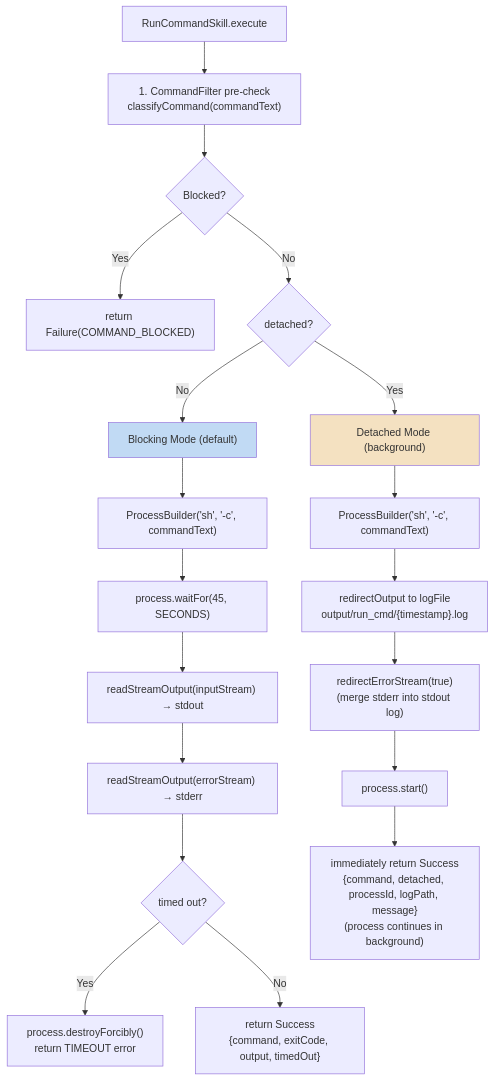
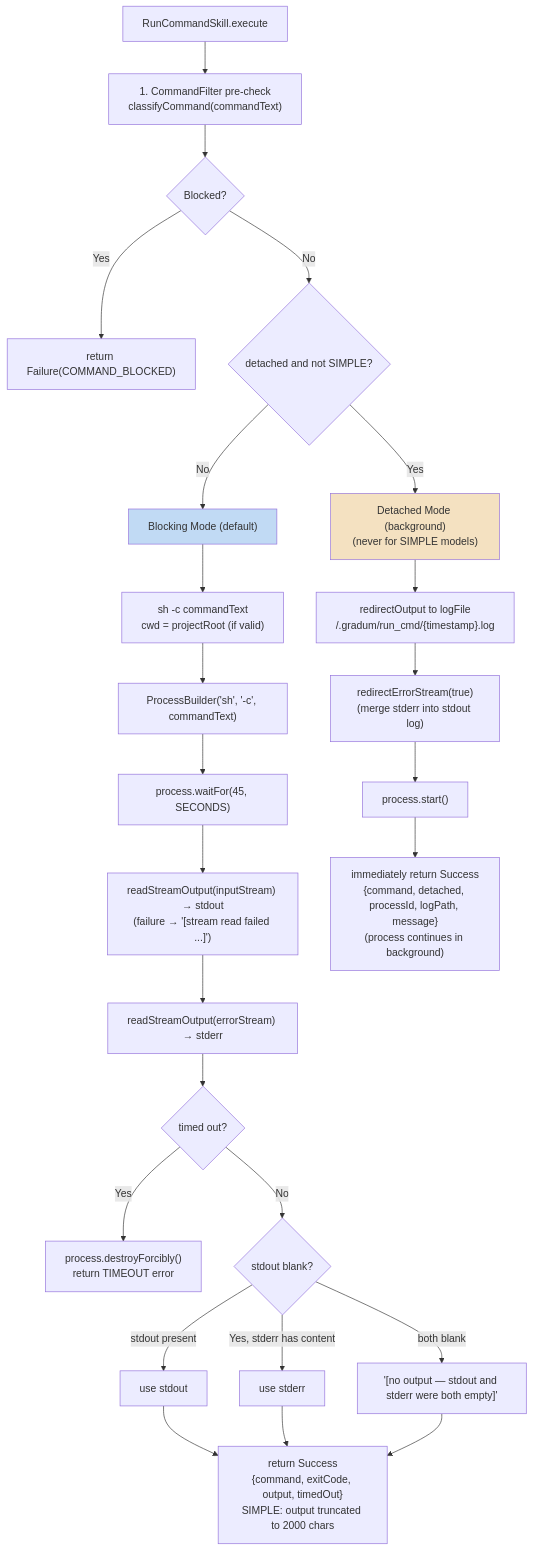
One commit to lg841226/Gradum changed diagram 14 of 29 in docs/ARCHITECTURE.md. Above: the diagram before and after it, drawn with Mermaid. The commit also changed other lines of this file and 5 other files, not shown here.

Commit message:
docs: sync ARCHITECTURE.md with framework refactor and polish skill/plugin code

````diff
--- a/docs/ARCHITECTURE.md
+++ b/docs/ARCHITECTURE.md
@@ -901,23 +1033,29 @@
 ```mermaid
 flowchart TD
     START["RunCommandSkill.execute"] --> PRECHECK["1. CommandFilter pre-check<br/>classifyCommand(commandText)"]
     PRECHECK --> BLOCKED{Blocked?}
     BLOCKED -->|Yes| RETURN_BLOCKED["return Failure(COMMAND_BLOCKED)"]
-    BLOCKED -->|No| MODE{detached?}
+    BLOCKED -->|No| MODE{detached and not SIMPLE?}
     MODE -->|No| BLOCKING["Blocking Mode (default)"]
-    BLOCKING --> PB1["ProcessBuilder('sh', '-c', commandText)"]
+    BLOCKING --> CWD["sh -c commandText<br/>cwd = projectRoot (if valid)"]
+    CWD --> PB1["ProcessBuilder('sh', '-c', commandText)"]
     PB1 --> WAIT["process.waitFor(45, SECONDS)"]
-    WAIT --> STDOUT["readStreamOutput(inputStream) → stdout"]
+    WAIT --> STDOUT["readStreamOutput(inputStream) → stdout<br/>(failure → '[stream read failed ...]')"]
     STDOUT --> STDERR["readStreamOutput(errorStream) → stderr"]
     STDERR --> TIMEOUT{timed out?}
     TIMEOUT -->|Yes| KILL["process.destroyForcibly()<br/>return TIMEOUT error"]
-    TIMEOUT -->|No| RETURN_BLOCK["return Success<br/>{command, exitCode, output, timedOut}"]
-    MODE -->|Yes| DETACHED["Detached Mode (background)"]
-    DETACHED --> PB2["ProcessBuilder('sh', '-c', commandText)"]
-    PB2 --> LOG["redirectOutput to logFile<br/>output/run_cmd/{timestamp}.log"]
+    TIMEOUT -->|No| OUT{stdout blank?}
+    OUT -->|Yes, stderr has content| USE_ERR["use stderr"]
+    OUT -->|both blank| NOOUT["'[no output — stdout and stderr were both empty]'"]
+    OUT -->|stdout present| USE_OUT["use stdout"]
+    USE_OUT --> RETURN_BLOCK["return Success<br/>{command, exitCode, output, timedOut}<br/>SIMPLE: output truncated to 2000 chars"]
+    USE_ERR --> RETURN_BLOCK
+    NOOUT --> RETURN_BLOCK
+    MODE -->|Yes| DETACHED["Detached Mode (background)<br/>(never for SIMPLE models)"]
+    DETACHED --> LOG["redirectOutput to logFile<br/><projectRoot>/.gradum/run_cmd/{timestamp}.log"]
     LOG --> MERGE["redirectErrorStream(true)<br/>(merge stderr into stdout log)"]
     MERGE --> START2["process.start()"]
-    START2 --> RETURN_DETACH["immediately return Success<br/>{command, detached, processId, logPath, message}<br/>(process continues in background)"]
+    START2 --> RETURN_DET["immediately return Success<br/>{command, detached, processId, logPath, message}<br/>(process continues in background)"]
     style BLOCKING fill: #c1daf4
     style DETACHED fill: #f4e1c1
 ```
````
